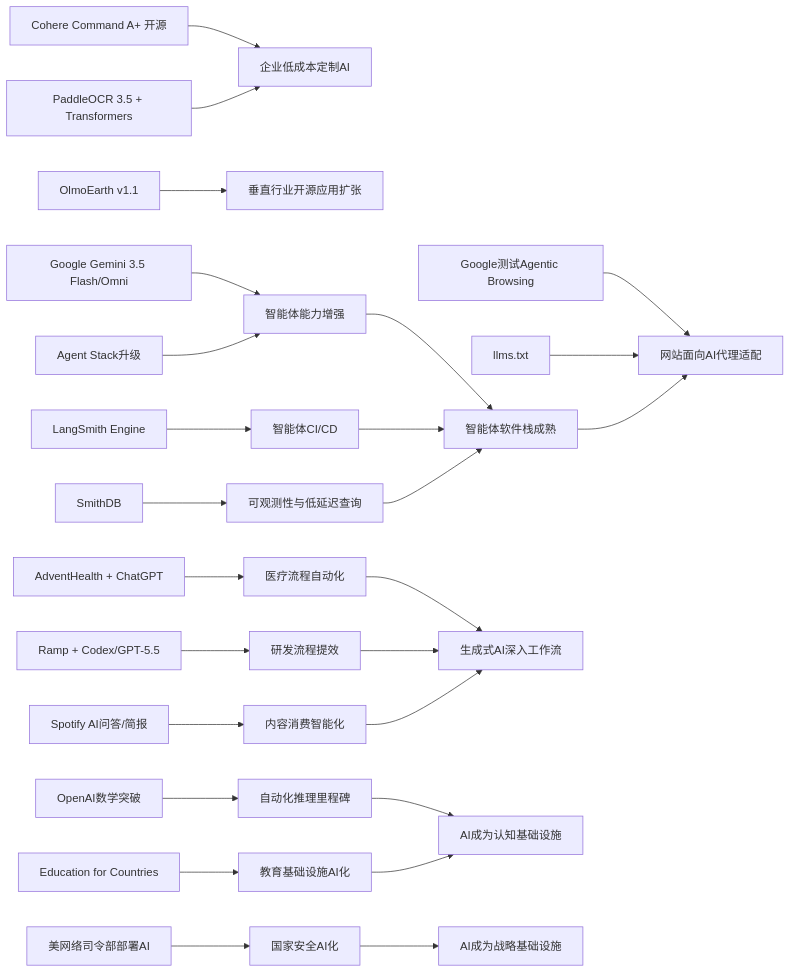
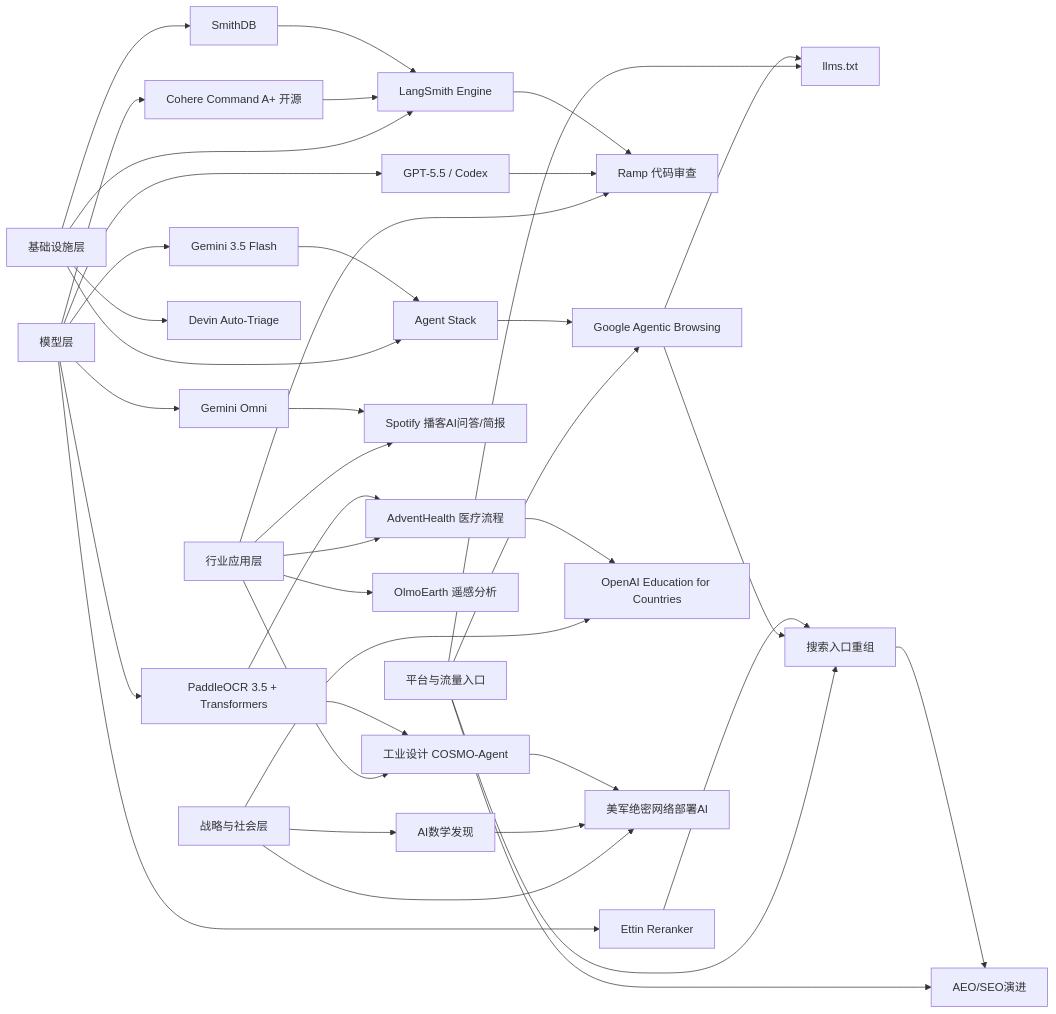
One commit to zhuxinfei/ai-daily-site changed the diagram in content/cn/2026/2026-05/2026-05-22.md. Above: the diagram before and after it, drawn with Mermaid. The commit also changed other lines of this file, not shown here.

````diff
--- a/content/cn/2026/2026-05/2026-05-22.md
+++ b/content/cn/2026/2026-05/2026-05-22.md
@@ -110,32 +110,46 @@
 ```mermaid
 graph LR
-    A[Cohere Command A+ 开源] --> B[企业低成本定制AI]
-    C[PaddleOCR 3.5 + Transformers] --> B
-    D[OlmoEarth v1.1] --> E[垂直行业开源应用扩张]
+    A[模型层] --> A1[Cohere Command A+ 开源]
+    A --> A2[Gemini 3.5 Flash]
+    A --> A3[Gemini Omni]
+    A --> A4[GPT-5.5 / Codex]
+    A --> A5[Ettin Reranker]
+    A --> A6[PaddleOCR 3.5 + Transformers]
 
-    F[Google Gemini 3.5 Flash/Omni] --> G[智能体能力增强]
-    H[Agent Stack升级] --> G
-    I[LangSmith Engine] --> J[智能体CI/CD]
-    K[SmithDB] --> L[可观测性与低延迟查询]
-    G --> M[智能体软件栈成熟]
-    J --> M
-    L --> M
+    B[基础设施层] --> B1[LangSmith Engine]
+    B --> B2[SmithDB]
+    B --> B3[Agent Stack]
+    B --> B4[Devin Auto-Triage]
 
-    N[Google测试Agentic Browsing] --> O[网站面向AI代理适配]
-    P[llms.txt] --> O
-    M --> O
+    C[行业应用层] --> C1[AdventHealth 医疗流程]
+    C --> C2[Ramp 代码审查]
+    C --> C3[Spotify 播客AI问答/简报]
+    C --> C4[工业设计 COSMO-Agent]
+    C --> C5[OlmoEarth 遥感分析]
 
-    Q[AdventHealth + ChatGPT] --> R[医疗流程自动化]
-    S[Ramp + Codex/GPT-5.5] --> T[研发流程提效]
-    U[Spotify AI问答/简报] --> V[内容消费智能化]
-    R --> W[生成式AI深入工作流]
-    T --> W
-    V --> W
+    D[平台与流量入口] --> D1[Google Agentic Browsing]
+    D --> D2[llms.txt]
+    D --> D3[搜索入口重组]
+    D --> D4[AEO/SEO演进]
 
-    X[OpenAI数学突破] --> Y[自动化推理里程碑]
-    Z[Education for Countries] --> AA[教育基础设施AI化]
-    AB[美网络司令部部署AI] --> AC[国家安全AI化]
-    Y --> AD[AI成为认知基础设施]
-    AA --> AD
-    AC --> AE[AI成为战略基础设施]
+    E[战略与社会层] --> E1[OpenAI Education for Countries]
+    E --> E2[AI数学发现]
+    E --> E3[美军绝密网络部署AI]
+
+    A1 --> B1
+    A2 --> B3
+    A3 --> C3
+    A4 --> C2
+    A6 --> C1
+    A6 --> C4
+    B1 --> C2
+    B2 --> B1
+    B3 --> D1
+    D1 --> D2
+    D1 --> D3
+    D3 --> D4
+    A5 --> D3
+    C1 --> E1
+    E2 --> E3
+    C4 --> E3
 ```
````
